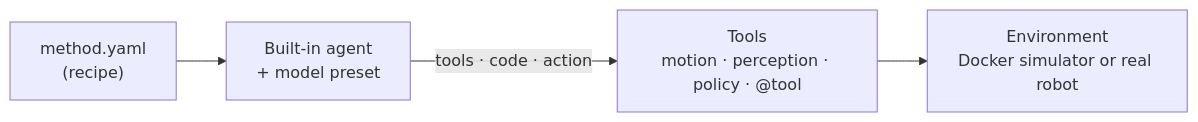
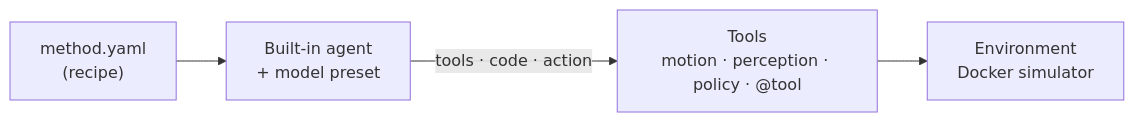
One commit to Elvin-yk/EvoAB changed the diagram in README.md. Above: the diagram before and after it, drawn with Mermaid. The commit also changed other lines of this file and 260 other files, not shown here.

````diff
--- a/README.md
+++ b/README.md
@@ -33,6 +33,6 @@
 ```mermaid
 flowchart LR
     R["method.yaml<br/>(recipe)"] --> A["Built-in agent<br/>+ model preset"]
     A -- "tools · code · action" --> T["Tools<br/>motion · perception · policy · @tool"]
-    T --> E["Environment<br/>Docker simulator or real robot"]
+    T --> E["Environment<br/>Docker simulator"]
 ```
````
